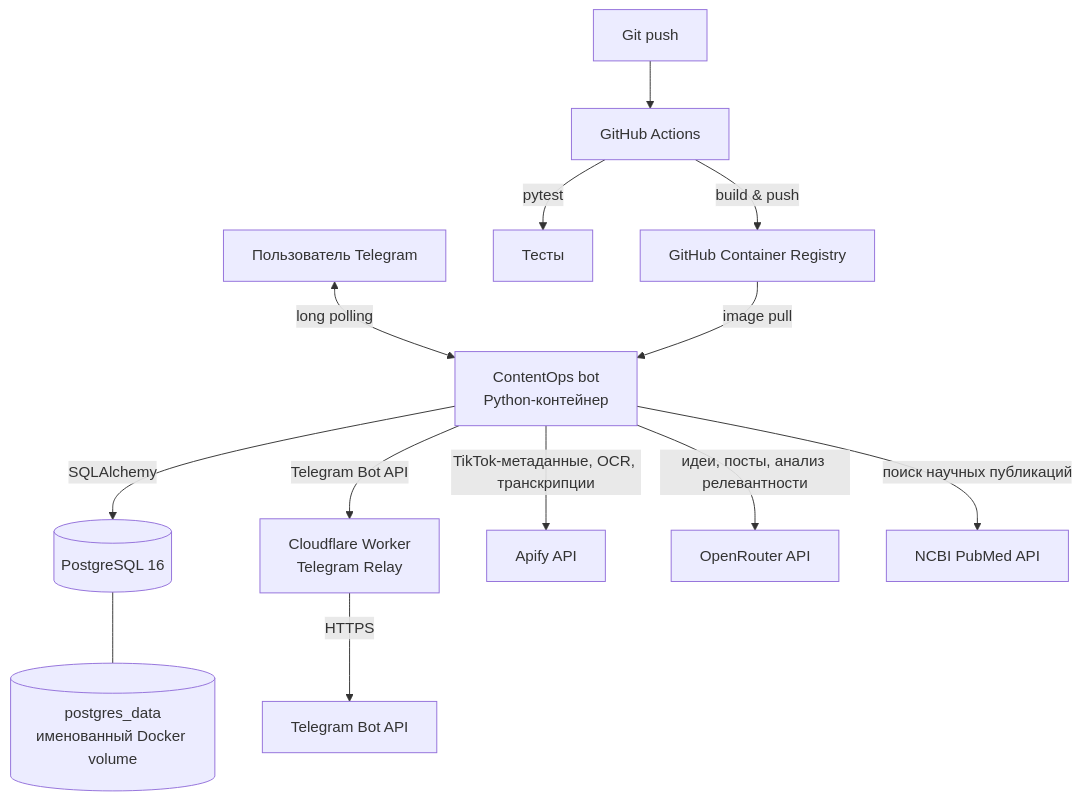
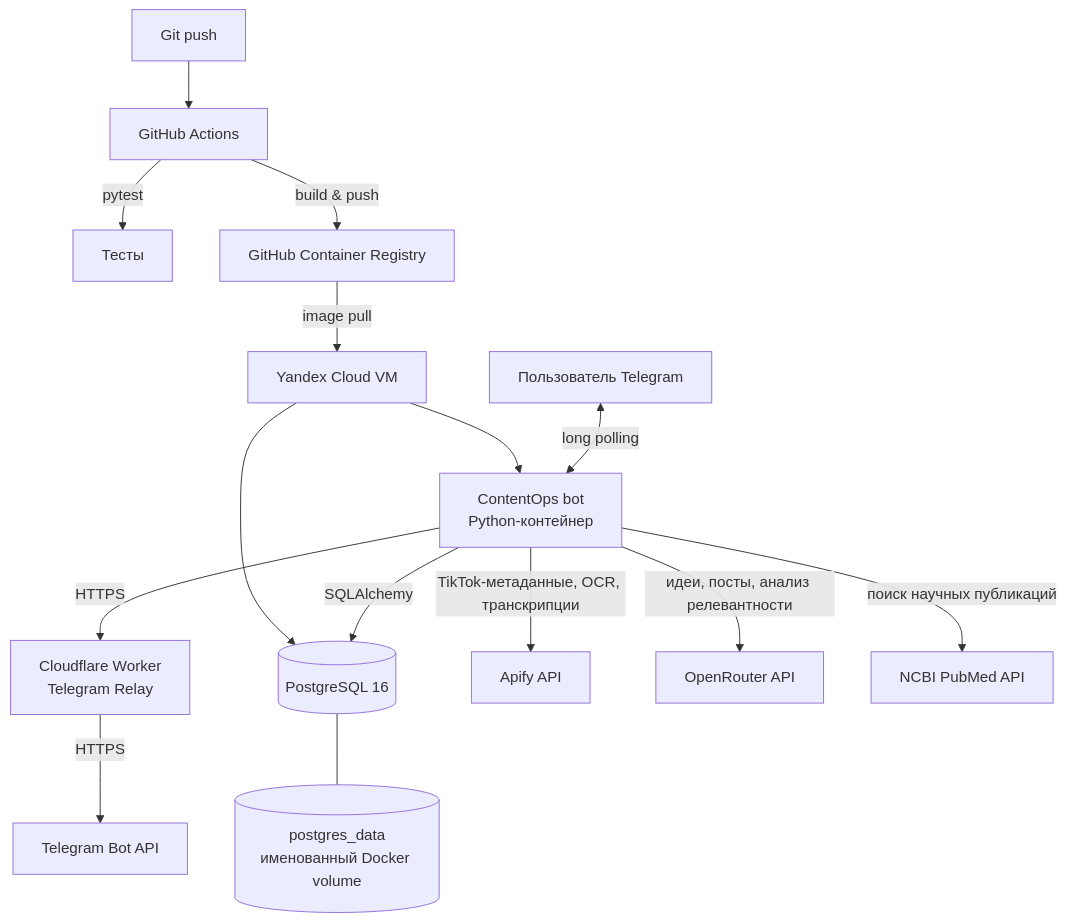
Before and after one commit to ananevego/contentops: the diagram in README.md, drawn with Mermaid. The commit also changed other lines of this file, not shown here.

````diff
--- a/README.md
+++ b/README.md
@@ -7,19 +7,22 @@
 ```mermaid
 flowchart TB
     User[Пользователь Telegram] <-->|long polling| Bot[ContentOps bot\nPython-контейнер]
 
     Bot -->|SQLAlchemy| DB[(PostgreSQL 16)]
     DB --- Volume[(postgres_data\nименованный Docker volume)]
 
-    Bot -->|Telegram Bot API| Relay[Cloudflare Worker\nTelegram Relay]
+    Bot -->|HTTPS| Relay[Cloudflare Worker\nTelegram Relay]
     Relay -->|HTTPS| Telegram[Telegram Bot API]
 
     Bot -->|TikTok-метаданные, OCR, транскрипции| Apify[Apify API]
     Bot -->|идеи, посты, анализ релевантности| OpenRouter[OpenRouter API]
     Bot -->|поиск научных публикаций| PubMed[NCBI PubMed API]
 
     Dev[Git push] --> CI[GitHub Actions]
     CI -->|pytest| Tests[Тесты]
     CI -->|build & push| GHCR[GitHub Container Registry]
-    GHCR -->|image pull| Bot
+    GHCR -->|image pull| VM[Yandex Cloud VM]
+
+    VM --> Bot
+    VM --> DB
 ```
````
